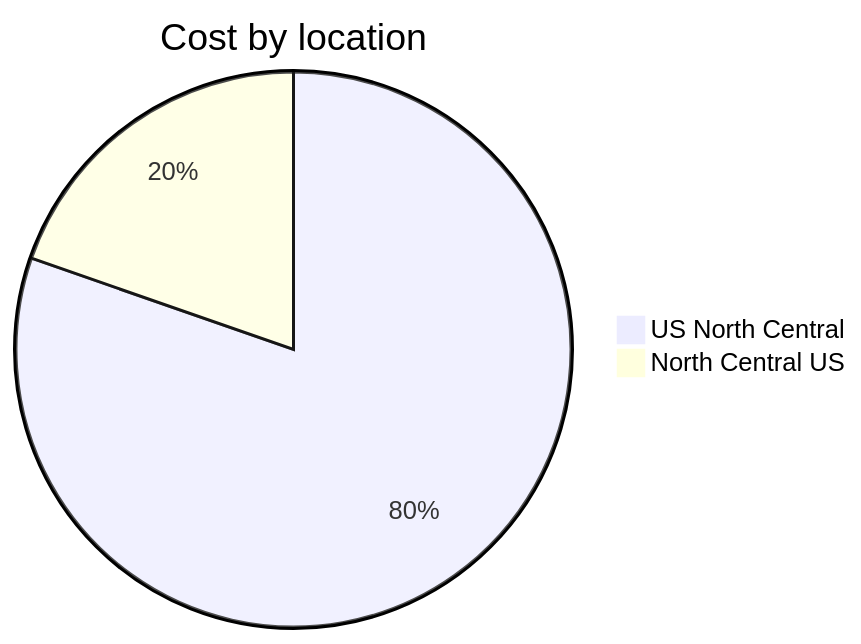
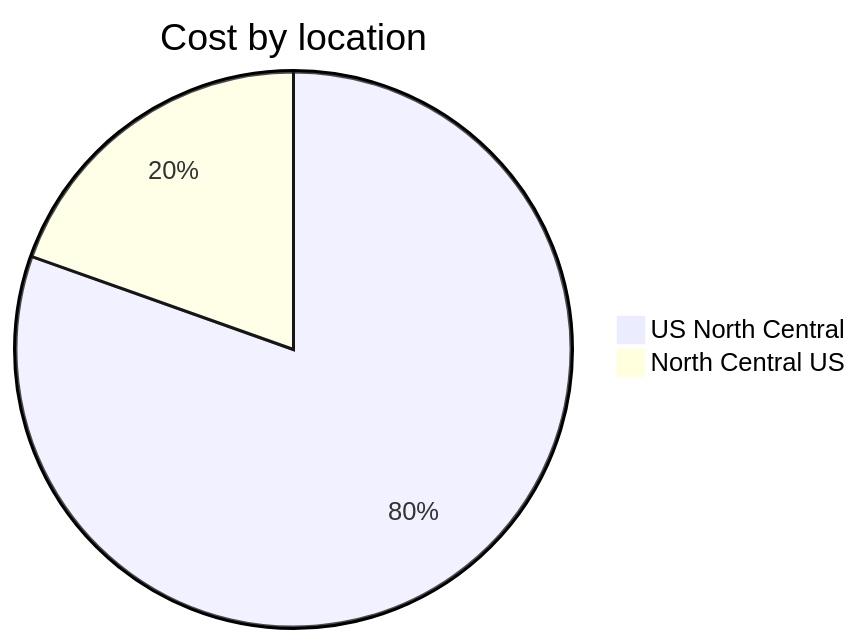
Before and after one commit to jpfulton/azure-personal-reports: the third of 4 diagrams in cost-reports/personal-network/backup-server_OsDisk.md, drawn with Mermaid. The commit also changed other lines of this file and 8 other files, not shown here.

````diff
--- a/cost-reports/personal-network/backup-server_OsDisk.md
+++ b/cost-reports/personal-network/backup-server_OsDisk.md
@@ -108,6 +108,6 @@
 ```mermaid
 pie
    title Cost by location
-   "US North Central" : 1.43
-   "North Central US" : 0.35
+   "US North Central" : 1.48
+   "North Central US" : 0.36
 ```
````
